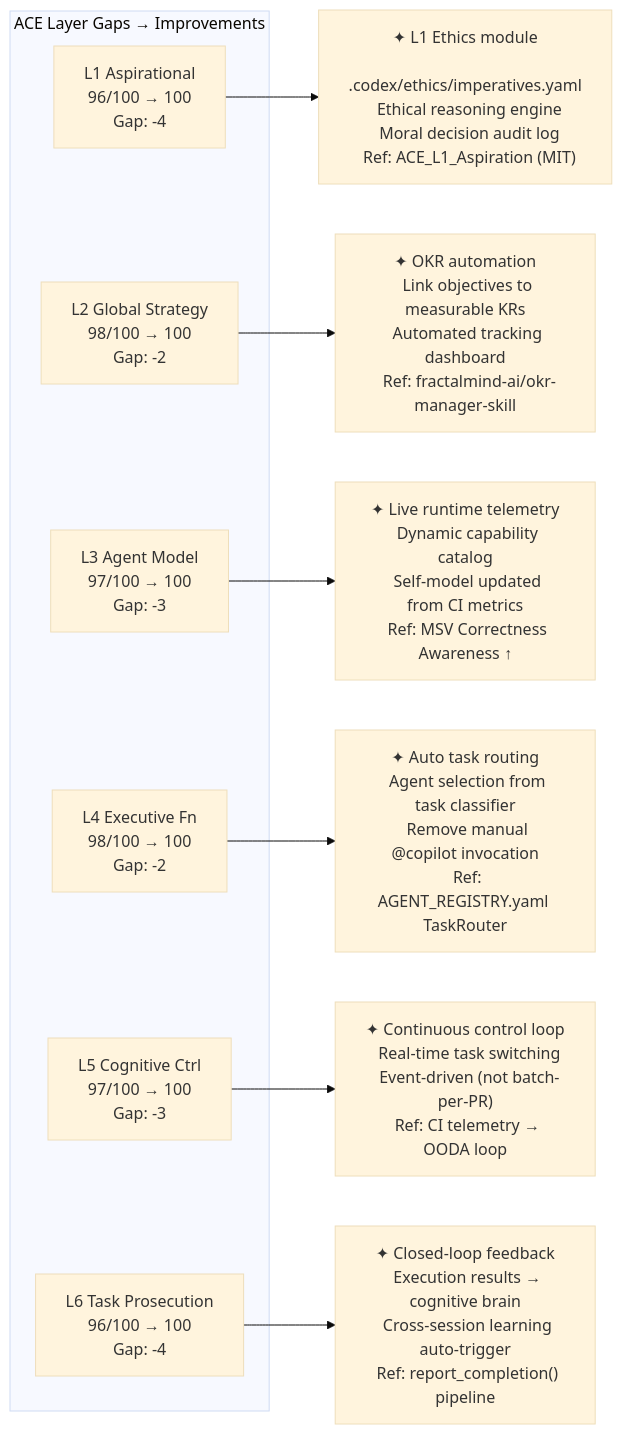
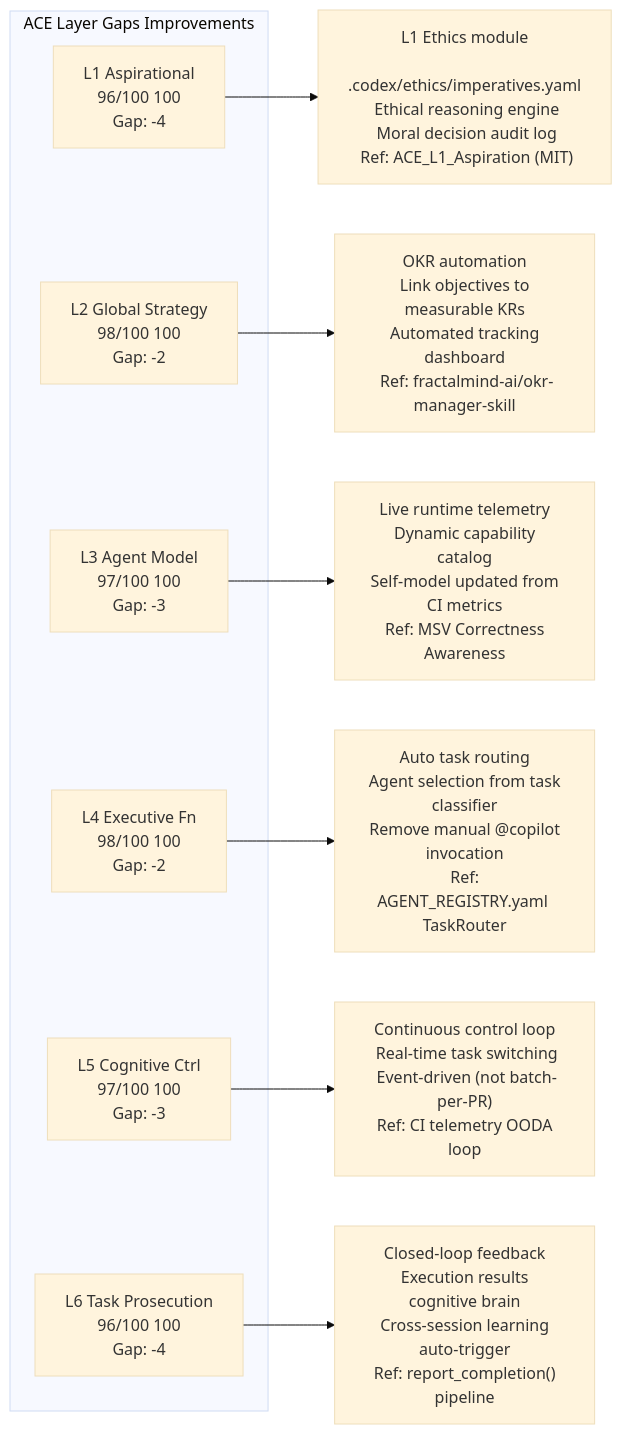
One commit to Aries-Serpent/_codex_ changed the first of 4 diagrams in docs/evolution/AAIS_100_AND_COVERAGE_100_ROADMAP.md. Above: the diagram before and after it, drawn with Mermaid (base theme). The commit also changed other lines of this file and 4117 other files, not shown here.

````diff
--- a/docs/evolution/AAIS_100_AND_COVERAGE_100_ROADMAP.md
+++ b/docs/evolution/AAIS_100_AND_COVERAGE_100_ROADMAP.md
@@ -84,19 +84,25 @@
 ```mermaid
-%%{init: {'accessibility': {'title': 'Flowchart showing "L1 Aspirational\n96/100 → 100\nGap: -4", "L2 Global Strategy\n98/100 → 100\nGap: -2"'}}%%
+%%{init: {'accessibility': {'title': 'Flowchart showing "L1 Aspirational\n96/100 100\nGap: -4", "L2 Global Strategy\n98/100 100\nGap: -2"'}}%%
+
 flowchart LR
-    subgraph "ACE Layer Gaps → Improvements"
-        L1["L1 Aspirational\n96/100 → 100\nGap: -4"]
-        L2["L2 Global Strategy\n98/100 → 100\nGap: -2"]
-        L3["L3 Agent Model\n97/100 → 100\nGap: -3"]
-        L4["L4 Executive Fn\n98/100 → 100\nGap: -2"]
-        L5["L5 Cognitive Ctrl\n97/100 → 100\nGap: -3"]
-        L6["L6 Task Prosecution\n96/100 → 100\nGap: -4"]
-    end
+ subgraph "ACE Layer Gaps Improvements"
+ L1["L1 Aspirational\n96/100 100\nGap: -4"]
+ L2["L2 Global Strategy\n98/100 100\nGap: -2"]
+ L3["L3 Agent Model\n97/100 100\nGap: -3"]
+ L4["L4 Executive Fn\n98/100 100\nGap: -2"]
+ L5["L5 Cognitive Ctrl\n97/100 100\nGap: -3"]
+ L6["L6 Task Prosecution\n96/100 100\nGap: -4"]
+ end
 
-    L1 --> F1["✦ L1 Ethics module\n  .codex/ethics/imperatives.yaml\n  Ethical reasoning engine\n  Moral decision audit log\n  Ref: ACE_L1_Aspiration (MIT)"]
-    L2 --> F2["✦ OKR automation\n  Link objectives to measurable KRs\n  Automated tracking dashboard\n  Ref: fractalmind-ai/okr-manager-skill"]
-    L3 --> F3["✦ Live runtime telemetry\n  Dynamic capability catalog\n  Self-model updated from CI metrics\n  Ref: MSV Correctness Awareness ↑"]
-    L4 --> F4["✦ Auto task routing\n  Agent selection from task classifier\n  Remove manual @copilot invocation\n  Ref: AGENT_REGISTRY.yaml TaskRouter"]
-    L5 --> F5["✦ Continuous control loop\n  Real-time task switching\n  Event-driven (not batch-per-PR)\n  Ref: CI telemetry → OODA loop"]
-    L6 --> F6["✦ Closed-loop feedback\n  Execution results → cognitive brain\n  Cross-session learning auto-trigger\n  Ref: report_completion() pipeline"]
+ L1 --> F1[" L1 Ethics module\n .codex/ethics/imperatives.yaml\n Ethical reasoning engine\n Moral decision audit log\n Ref: ACE_L1_Aspiration (MIT)"]
+
+ L2 --> F2[" OKR automation\n Link objectives to measurable KRs\n Automated tracking dashboard\n Ref: fractalmind-ai/okr-manager-skill"]
+
+ L3 --> F3[" Live runtime telemetry\n Dynamic capability catalog\n Self-model updated from CI metrics\n Ref: MSV Correctness Awareness "]
+
+ L4 --> F4[" Auto task routing\n Agent selection from task classifier\n Remove manual @copilot invocation\n Ref: AGENT_REGISTRY.yaml TaskRouter"]
+
+ L5 --> F5[" Continuous control loop\n Real-time task switching\n Event-driven (not batch-per-PR)\n Ref: CI telemetry OODA loop"]
+
+ L6 --> F6[" Closed-loop feedback\n Execution results cognitive brain\n Cross-session learning auto-trigger\n Ref: report_completion() pipeline"]
 ```
````
